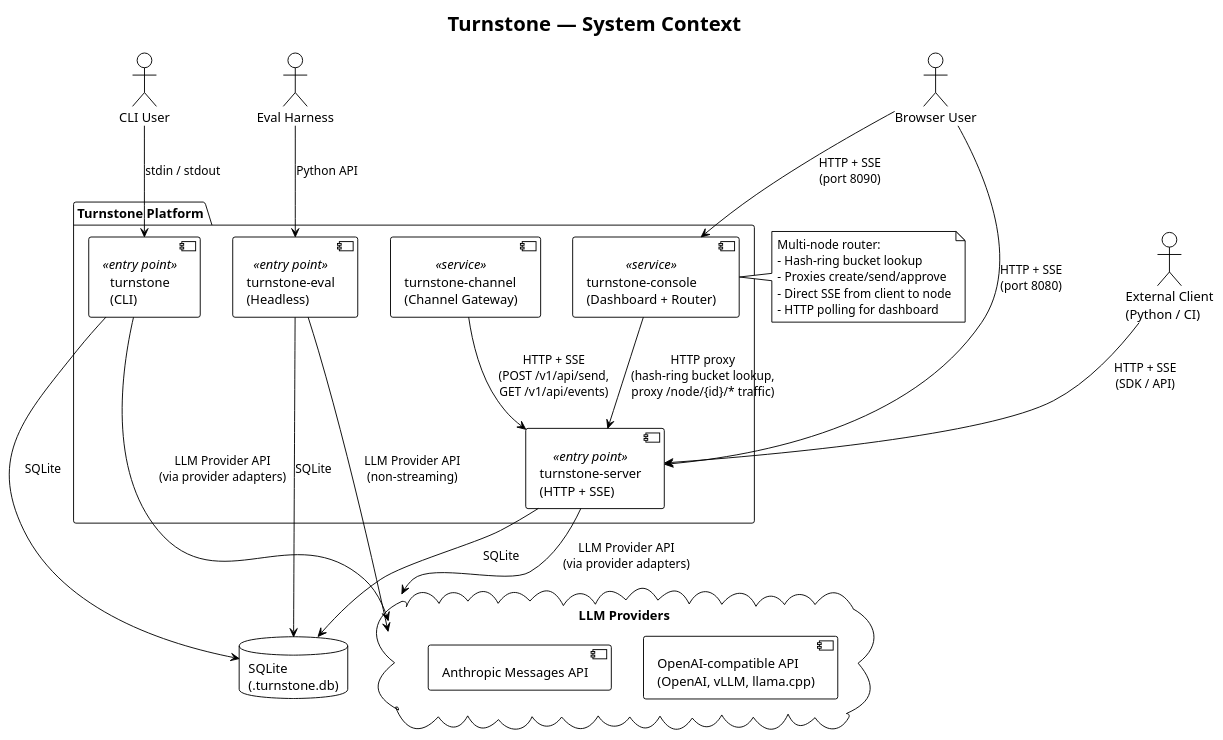
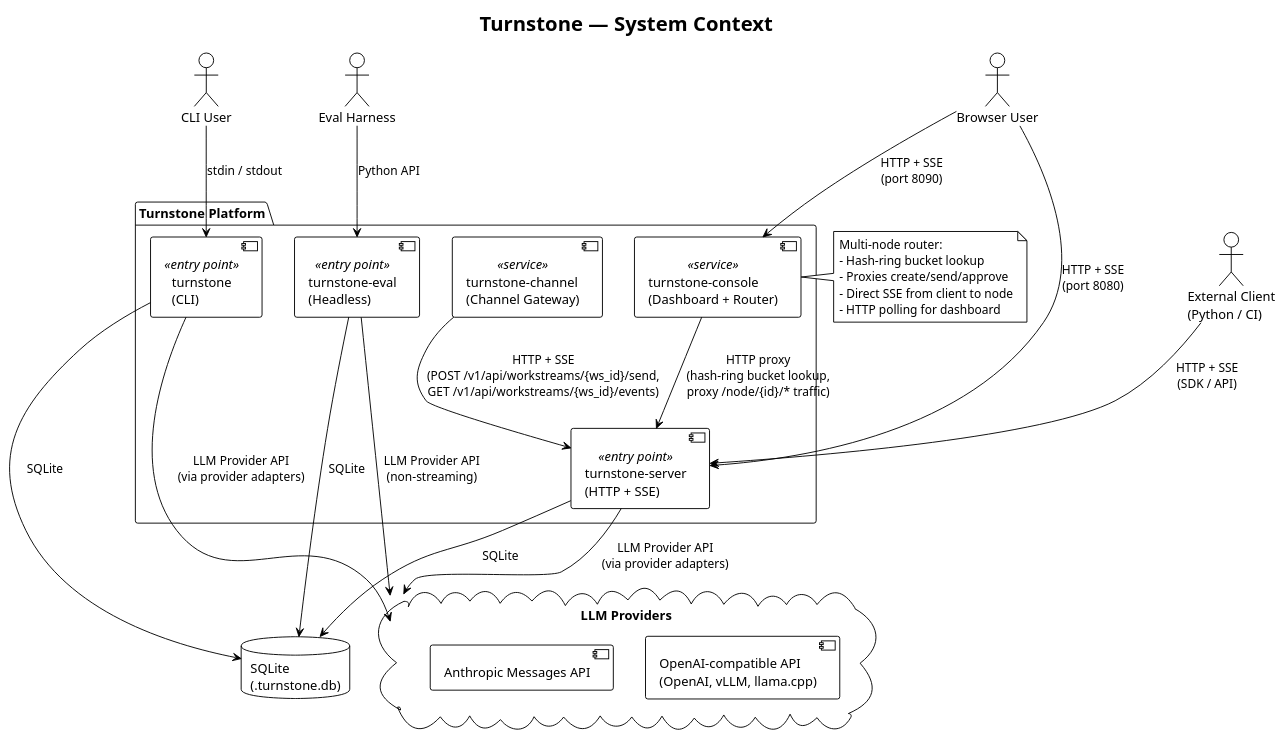
Before and after one commit to turnstonelabs/turnstone: the diagram in docs/diagrams/01-system-context.puml, drawn with PlantUML. The commit also changed 8 other files, not shown here.

```diff
--- a/docs/diagrams/01-system-context.puml
+++ b/docs/diagrams/01-system-context.puml
@@ -1,56 +1,56 @@
 @startuml
 !theme plain
 title Turnstone — System Context
 
 ' Actors/Users
 actor "CLI User" as cli_user
 actor "Browser User" as browser_user
 actor "External Client\n(Python / CI)" as ext_client
 actor "Eval Harness" as eval_user
 
 ' External Systems
 cloud "LLM Providers" as llm {
     component [OpenAI-compatible API\n(OpenAI, vLLM, llama.cpp)] as llm_openai
     component [Anthropic Messages API] as llm_anthropic
 }
 database "SQLite\n(.turnstone.db)" as sqlite
 
 ' Turnstone System Boundary
 package "Turnstone Platform" {
     component [turnstone\n(CLI)] as cli <<entry point>>
     component [turnstone-server\n(HTTP + SSE)] as server <<entry point>>
     component [turnstone-console\n(Dashboard + Router)] as console <<service>>
     component [turnstone-eval\n(Headless)] as eval <<entry point>>
     component [turnstone-channel\n(Channel Gateway)] as channel <<service>>
 }
 
 ' User connections
 cli_user --> cli : stdin / stdout
 browser_user --> server : HTTP + SSE\n(port 8080)
 browser_user --> console : HTTP + SSE\n(port 8090)
 ext_client --> server : HTTP + SSE\n(SDK / API)
 eval_user --> eval : Python API
 
 ' Internal connections
 cli --> llm : LLM Provider API\n(via provider adapters)
 cli --> sqlite : SQLite
 
 server --> llm : LLM Provider API\n(via provider adapters)
 server --> sqlite : SQLite
 
 eval --> llm : LLM Provider API\n(non-streaming)
 eval --> sqlite : SQLite
 
 console --> server : HTTP proxy\n(hash-ring bucket lookup,\nproxy /node/{id}/* traffic)
 
-channel --> server : HTTP + SSE\n(POST /v1/api/send,\nGET /v1/api/events)
+channel --> server : HTTP + SSE\n(POST /v1/api/workstreams/{ws_id}/send,\nGET /v1/api/workstreams/{ws_id}/events)
 
 ' Notes
 note right of console
   Multi-node router:
   - Hash-ring bucket lookup
   - Proxies create/send/approve
   - Direct SSE from client to node
   - HTTP polling for dashboard
 end note
 @enduml
```
